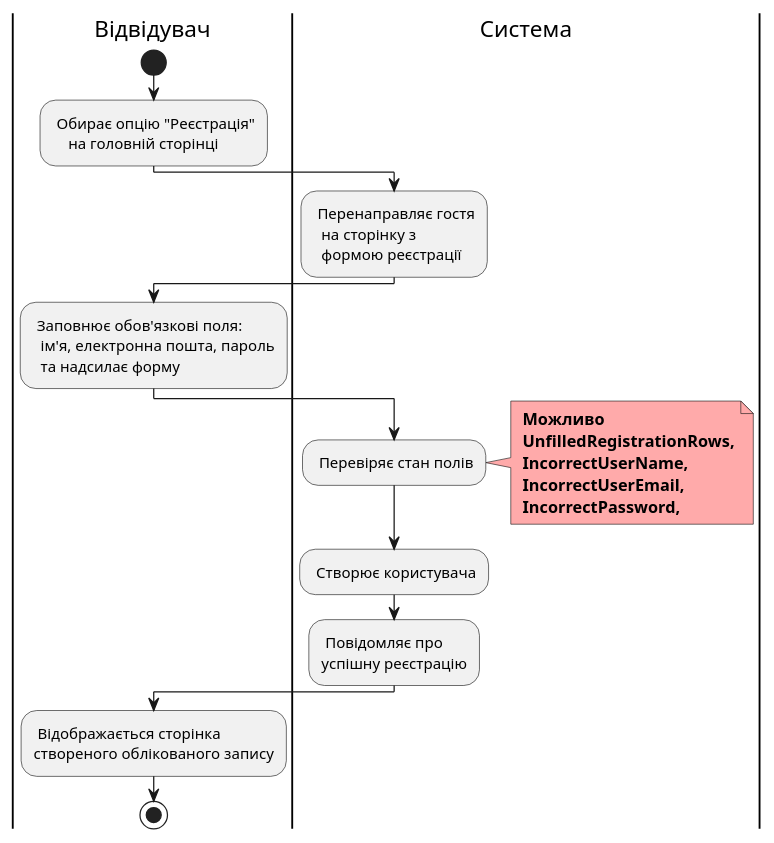
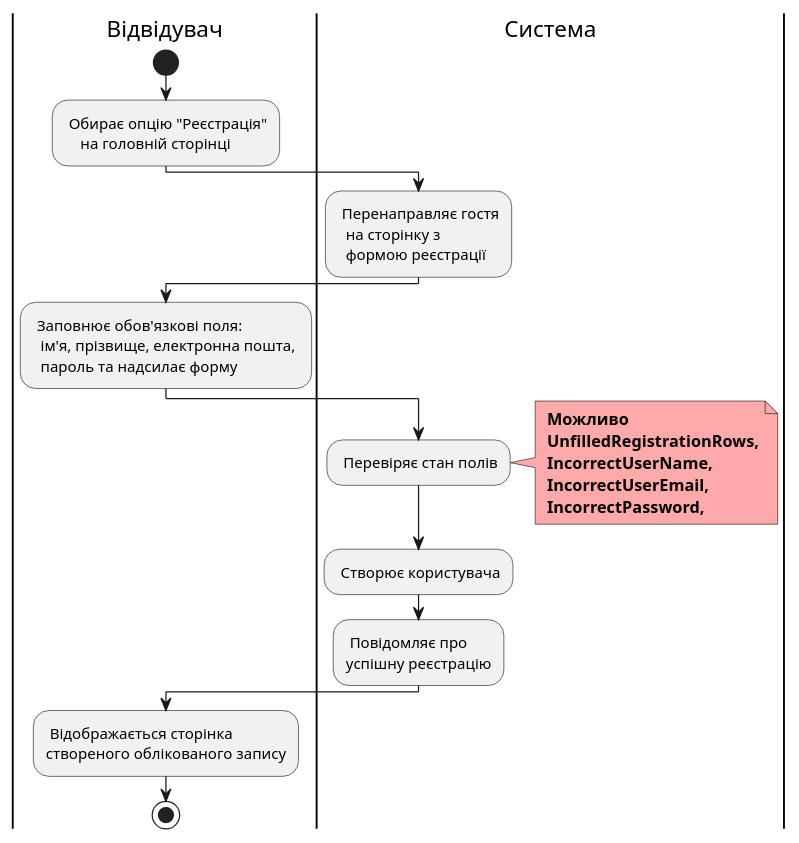
The diagram in docs/use cases/puml/use-case-07.puml (dimatortik/db-course-theme2), drawn with PlantUML before and after one commit. The commit also changed 7 other files, not shown here.

```diff
--- a/docs/use cases/puml/use-case-07.puml
+++ b/docs/use cases/puml/use-case-07.puml
@@ -9,33 +9,33 @@
 @startuml
 
     |Відвідувач|
         start
         : Обирає опцію "Реєстрація" 
             на головній сторінці;
     |Система|
         : Перенаправляє гостя 
           на сторінку з 
           формою реєстрації;
     |Відвідувач|
         : Заповнює обов'язкові поля:
-          ім'я, електронна пошта, пароль
-          та надсилає форму;
+          ім'я, прізвище, електронна пошта, 
+          пароль та надсилає форму;
     |Система|
         : Перевіряє стан полів;
         note right #ffaaaa
         <b> Можливо
         <b> UnfilledRegistrationRows,
         <b> IncorrectUserName,
         <b> IncorrectUserEmail,
         <b> IncorrectPassword,
         end note
         
         : Створює користувача;
         : Повідомляє про 
         успішну реєстрацію;
     |Відвідувач|
         : Відображається сторінка 
         створеного облікованого запису;
         stop;
 
 @enduml
```
